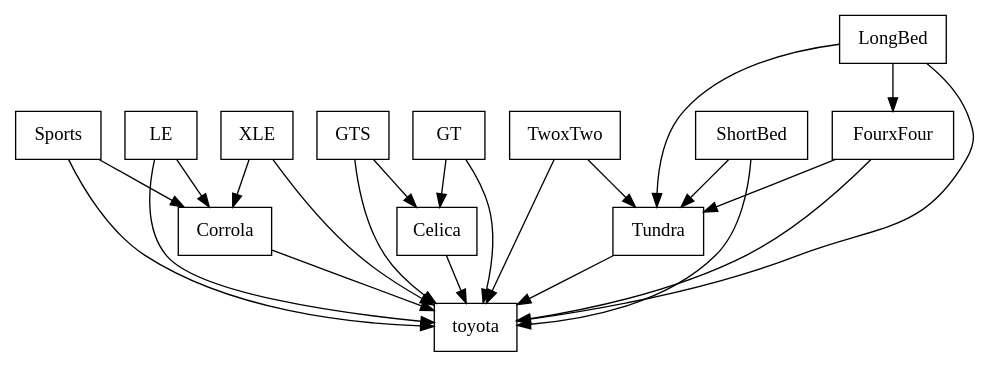
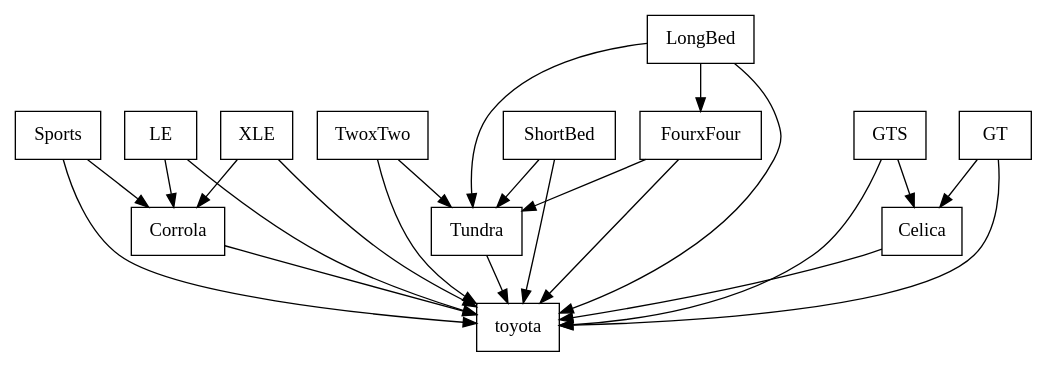
Before and after one commit to FAMILIAR-project/familiar-language: the diagram in FAMILIAR/output/SPLOT-big/fm_180_model_20120722_2065280700.xml.dot, drawn with Graphviz. The commit also changed 1259 other files, not shown here.

```diff
--- a/FAMILIAR/output/SPLOT-big/fm_180_model_20120722_2065280700.xml.dot
+++ b/FAMILIAR/output/SPLOT-big/fm_180_model_20120722_2065280700.xml.dot
@@ -1,40 +1,40 @@
 digraph{
 graph [rankdir=TB];
 node [shape=box];
 edge [arrowhead=normal];
 0[label="Corrola",]
 1[label="LongBed",]
 2[label="Sports",]
 3[label="GTS",]
 4[label="toyota",]
 5[label="TwoxTwo",]
-6[label="GT",]
-7[label="ShortBed",]
+6[label="ShortBed",]
+7[label="GT",]
 8[label="Tundra",]
 9[label="Celica",]
 10[label="LE",]
 11[label="FourxFour",]
 12[label="XLE",]
 0->4[label="",]
 1->4[label="",]
 1->8[label="",]
 1->11[label="",]
 2->0[label="",]
 2->4[label="",]
 3->4[label="",]
 3->9[label="",]
 5->4[label="",]
 5->8[label="",]
 6->4[label="",]
-6->9[label="",]
+6->8[label="",]
 7->4[label="",]
-7->8[label="",]
+7->9[label="",]
 8->4[label="",]
 9->4[label="",]
 10->0[label="",]
 10->4[label="",]
 11->4[label="",]
 11->8[label="",]
 12->0[label="",]
 12->4[label="",]
 }
```
